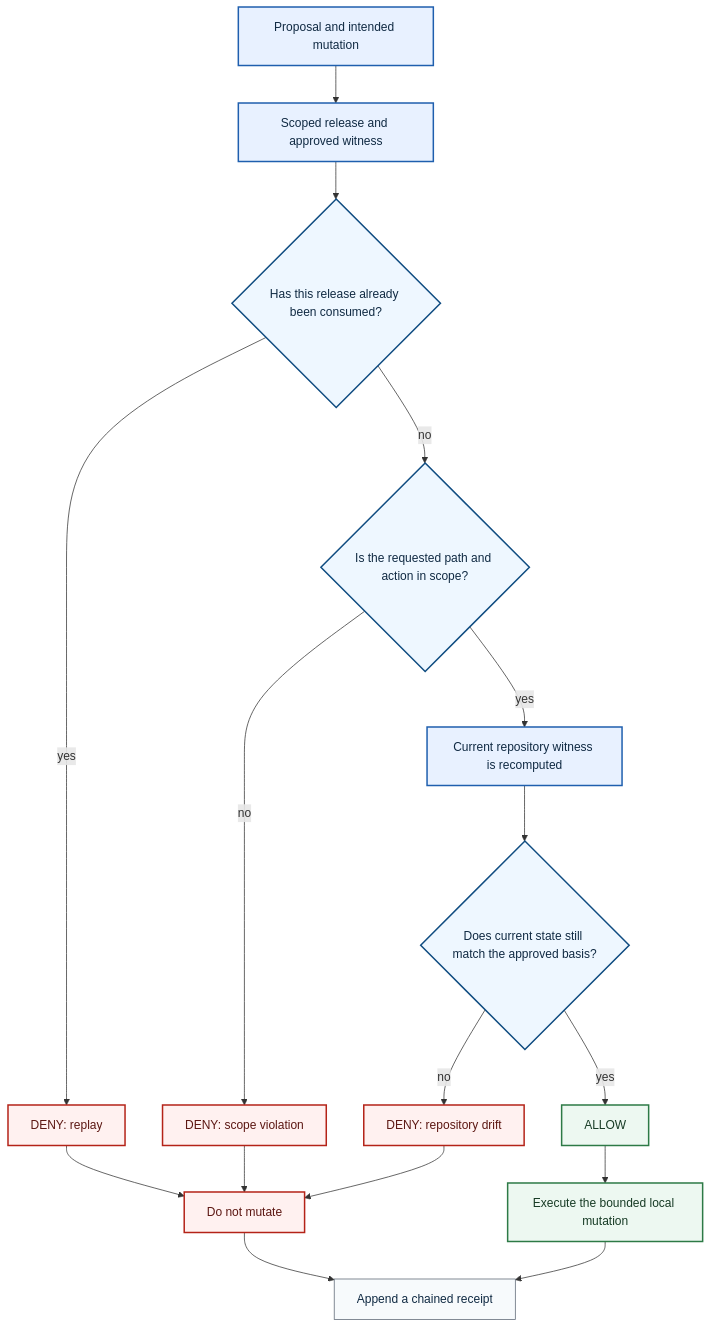
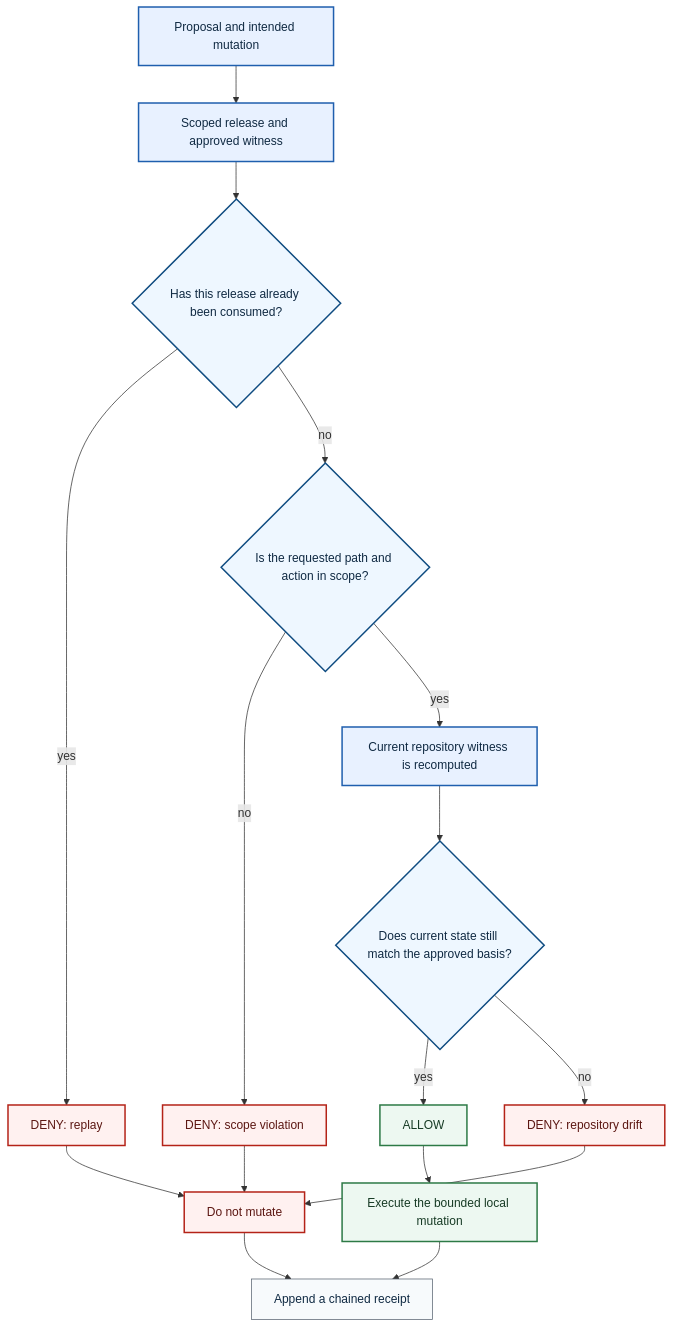
The diagram in README.md (DETERMAai/determa-governed-execution-demo), drawn with Mermaid before and after one commit.

Commit message:
docs: make receipt edge explicit for every denial

````diff
--- a/README.md
+++ b/README.md
@@ -30,35 +30,36 @@
 ```mermaid
 flowchart TB
     A[Proposal and intended mutation]
     B[Scoped release and approved witness]
     G{Has this release already been consumed?}
     H[DENY: replay]
     S{Is the requested path and action in scope?}
     T[DENY: scope violation]
     C[Current repository witness is recomputed]
     D{Does current state still match the approved basis?}
     E[ALLOW]
     F[DENY: repository drift]
     I[Execute the bounded local mutation]
     J[Do not mutate]
     K[Append a chained receipt]
 
     A --> B --> G
-    G -->|yes| H --> J --> K
+    G -->|yes| H --> J
     G -->|no| S
     S -->|no| T --> J
     S -->|yes| C --> D
     D -->|yes| E --> I --> K
     D -->|no| F --> J
+    J --> K
 
     classDef input fill:#e8f1ff,stroke:#1f5fae,color:#102a43,stroke-width:2px;
     classDef gate fill:#eef7ff,stroke:#0f4c81,color:#102a43,stroke-width:2px;
     classDef allow fill:#edf8f1,stroke:#2d7a46,color:#173b25,stroke-width:2px;
     classDef deny fill:#fff1f0,stroke:#b42318,color:#5c1712,stroke-width:2px;
     classDef evidence fill:#f7fafc,stroke:#5b6573,color:#102a43;
     class A,B,C input;
     class D,G,S gate;
     class E,I allow;
     class F,H,T,J deny;
     class K evidence;
 ```
````
